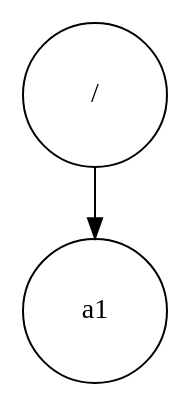
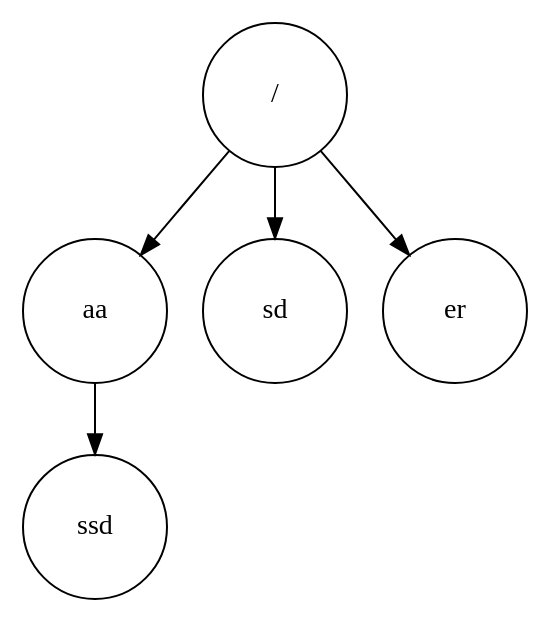
Before and after one commit to Abner-Hernandez/EDD_2S2019_PY2_201612101: the diagram in EDD_Drive/Reports/graph.dot, drawn with Graphviz. The commit also changed 18 other files, not shown here.

```diff
--- a/EDD_Drive/Reports/graph.dot
+++ b/EDD_Drive/Reports/graph.dot
@@ -1,6 +1,12 @@
 digraph Mass{
 node[shape = oval, height = 1, width = 1]; 
 a0[label= "/"];
-a3[label= "a1"];
+a3[label= "aa"];
 a0 -> a3; 
+a9[label= "sd"];
+a0 -> a9; 
+a12[label= "er"];
+a0 -> a12; 
+a6[label= "ssd"];
+a3 -> a6; 
 }
```
